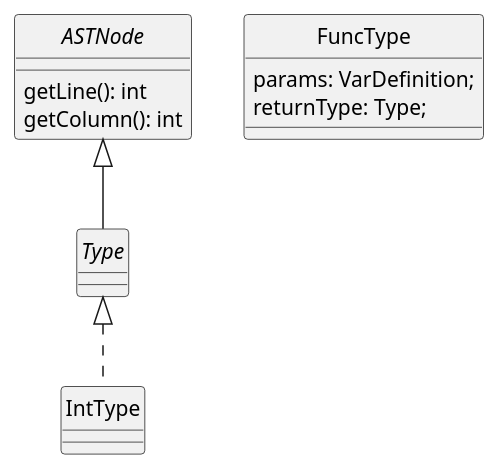
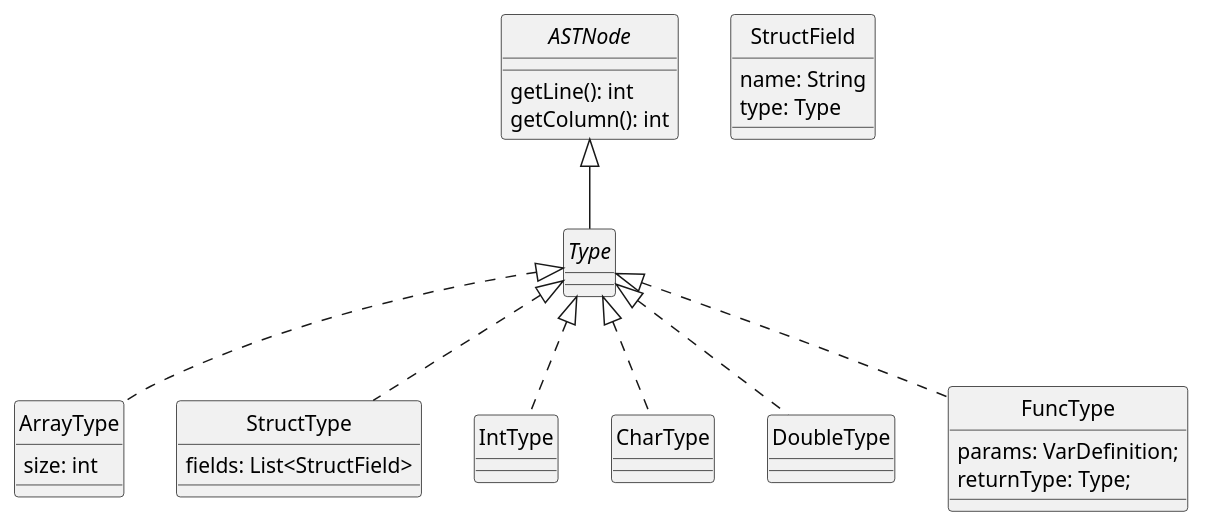
Before and after one commit to uo277440/dlp-compiler: the diagram in docs/diagrams/types.plantuml, drawn with PlantUML. The commit also changed 9 other files, not shown here.

Commit message:
LAB 2 -> actualización diagramas

```diff
--- a/docs/diagrams/types.plantuml
+++ b/docs/diagrams/types.plantuml
@@ -1,22 +1,39 @@
 @startuml Types
 skinparam style strictuml
 skinparam monochrome true
 
 interface ASTNode {
     getLine(): int
     getColumn(): int
 }
+class ArrayType{
+    size: int
+}
+class StructType {
+    fields: List<StructField>
+}
+class StructField{
+name: String
+type: Type
+}
 
 interface Type
 
 ASTNode <|-- Type
 
 class IntType
+class CharType
+class DoubleType
 class FuncType{
 params: VarDefinition;
 returnType: Type;
 }
 
 Type <|.. IntType
+Type <|.. CharType
+Type <|.. DoubleType
+Type <|.. FuncType
+Type <|.. StructType
+Type <|.. ArrayType
 
 @enduml
```
